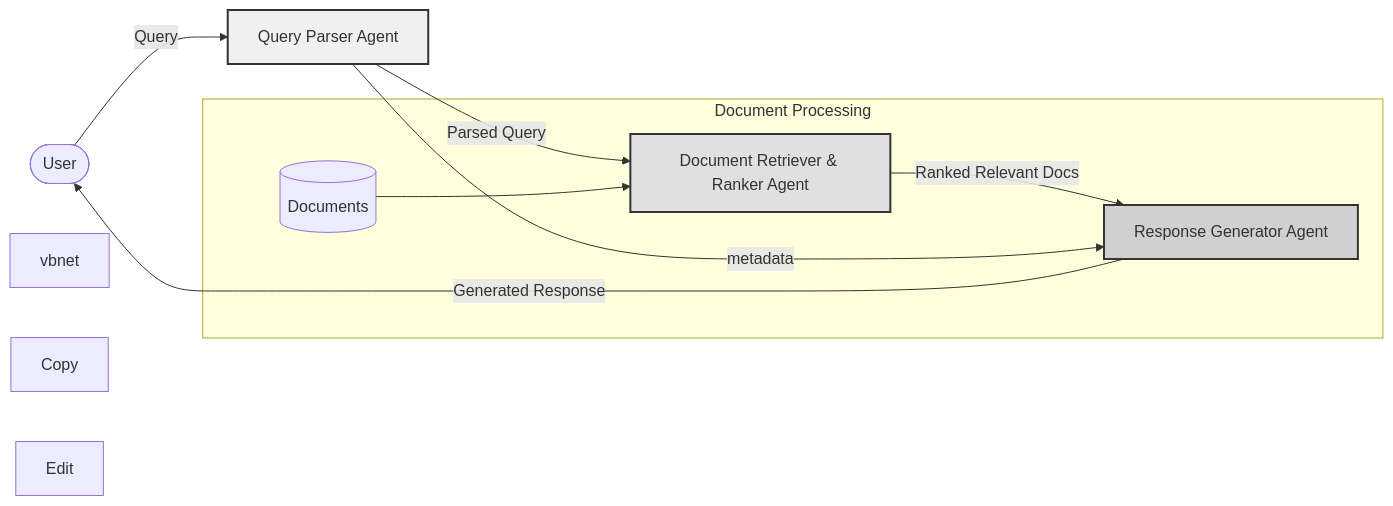
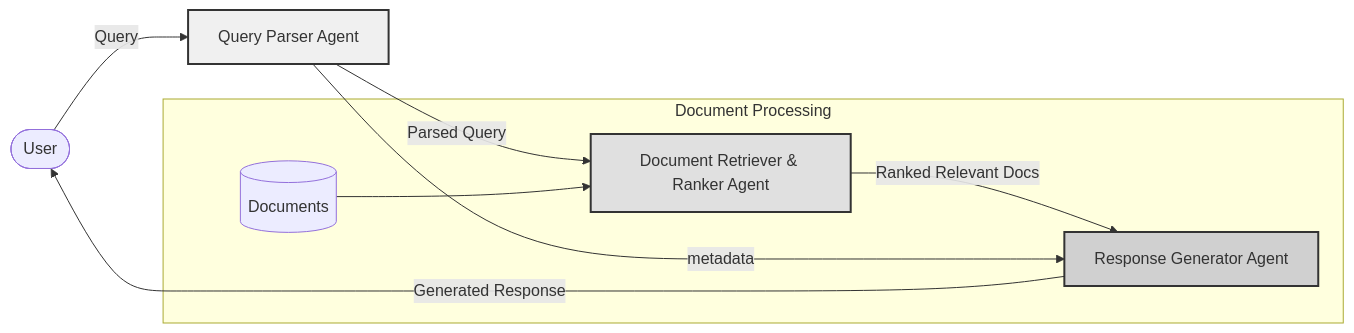
One commit to shruthimohan03/multi-agent-rag-system changed the diagram in README.md. Above: the diagram before and after it, drawn with Mermaid.

````diff
--- a/README.md
+++ b/README.md
@@ -5,23 +5,20 @@
 ```mermaid
 graph LR
     User([User]) --> |Query| QP[Query Parser Agent]
     QP --> |Parsed Query| DRR[Document Retriever & Ranker Agent]
     
     subgraph Document Processing
         Documents[(Documents)] --> DRR
         DRR --> |Ranked Relevant Docs| RG[Response Generator Agent]
     end
     
     RG --> |Generated Response| User
 
     %% Add descriptions for each agent
     QP --> |metadata| RG
 
     %% Minimalistic styling with improved text readability
     style QP fill:#f0f0f0,stroke:#333,stroke-width:2px,color:#333
     style DRR fill:#e0e0e0,stroke:#333,stroke-width:2px,color:#333
     style RG fill:#d0d0d0,stroke:#333,stroke-width:2px,color:#333
-vbnet
-Copy
-Edit
 ```
````
